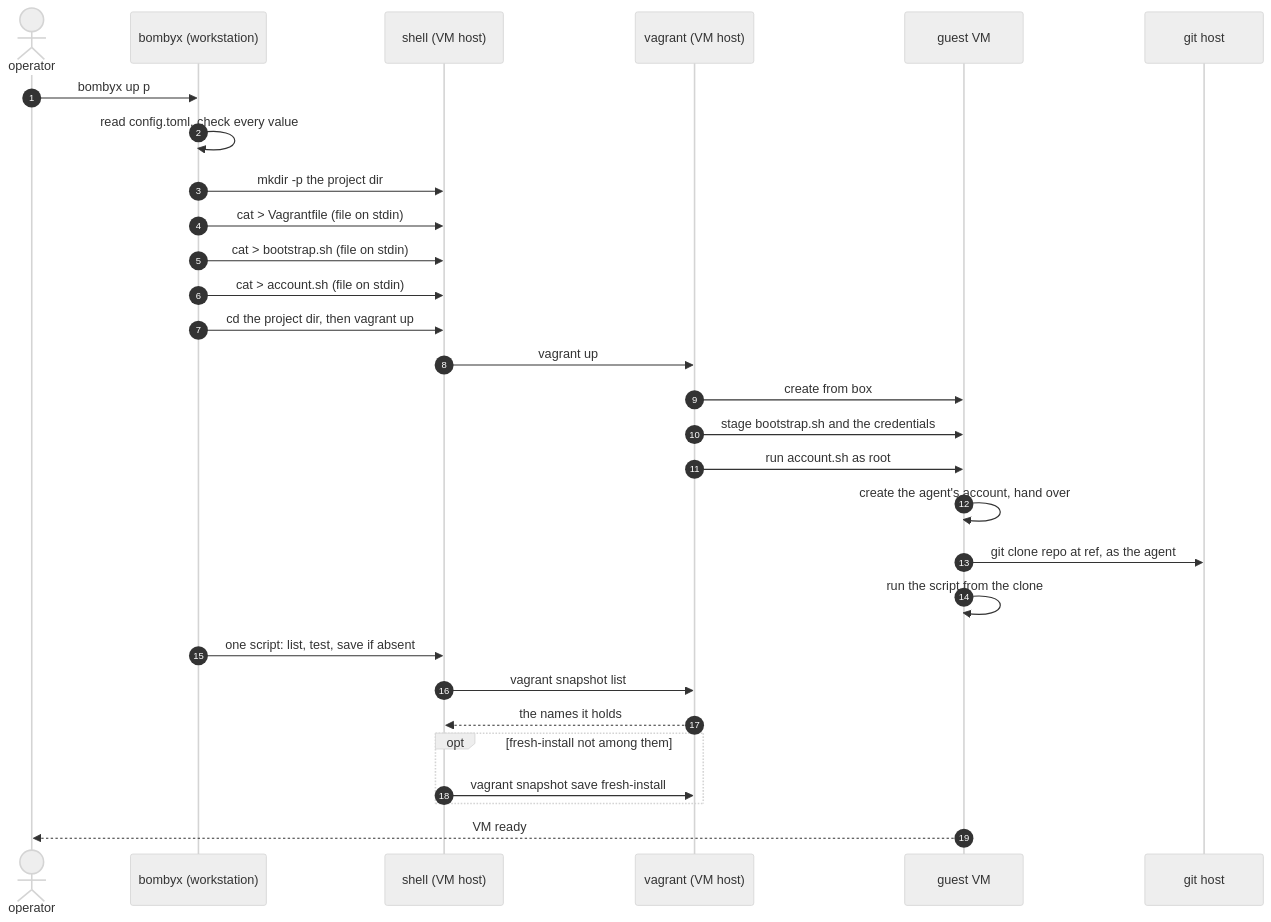
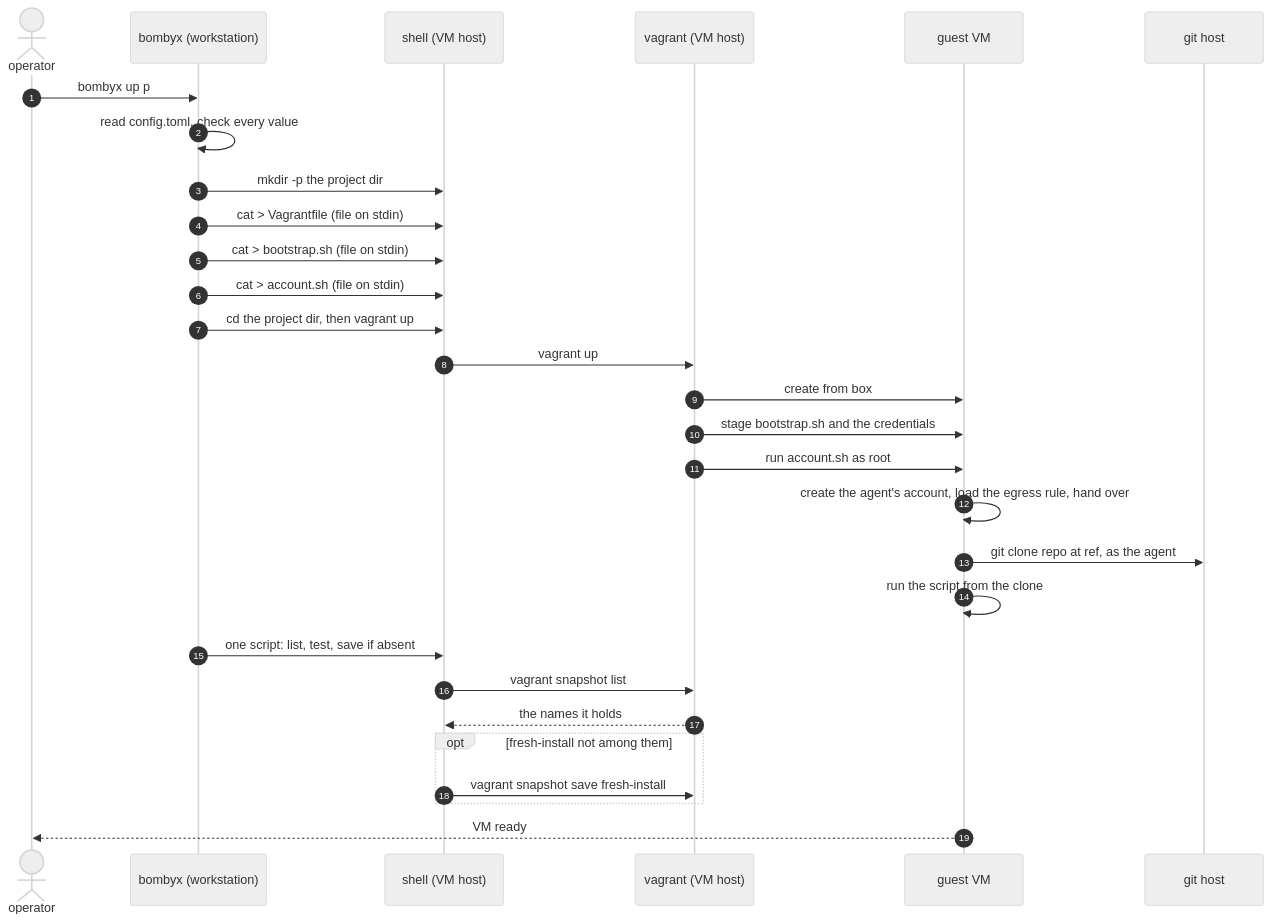
One commit to breki/bombyx changed the fifth of 6 diagrams in docs/architecture.md. Above: the diagram before and after it, drawn with Mermaid (neutral theme). The commit also changed other lines of this file and 15 other files, not shown here.

First line of the commit message:
feat: check the host firewall in doctor and add a guest egress backstop

````diff
--- a/docs/architecture.md
+++ b/docs/architecture.md
@@ -310,32 +310,32 @@
 ```mermaid
 sequenceDiagram
   autonumber
   actor op as operator
   participant cli as bombyx (workstation)
   participant host as shell (VM host)
   participant vg as vagrant (VM host)
   participant guest as guest VM
   participant git as git host
 
   op->>cli: bombyx up p
   cli->>cli: read config.toml, check every value
   cli->>host: mkdir -p the project dir
   cli->>host: cat > Vagrantfile (file on stdin)
   cli->>host: cat > bootstrap.sh (file on stdin)
   cli->>host: cat > account.sh (file on stdin)
   cli->>host: cd the project dir, then vagrant up
   host->>vg: vagrant up
   vg->>guest: create from box
   vg->>guest: stage bootstrap.sh and the credentials
   vg->>guest: run account.sh as root
-  guest->>guest: create the agent's account, hand over
+  guest->>guest: create the agent's account, load the egress rule, hand over
   guest->>git: git clone repo at ref, as the agent
   guest->>guest: run the script from the clone
   cli->>host: one script: list, test, save if absent
   host->>vg: vagrant snapshot list
   vg-->>host: the names it holds
   opt fresh-install not among them
     host->>vg: vagrant snapshot save fresh-install
   end
   guest-->>op: VM ready
 ```
````
